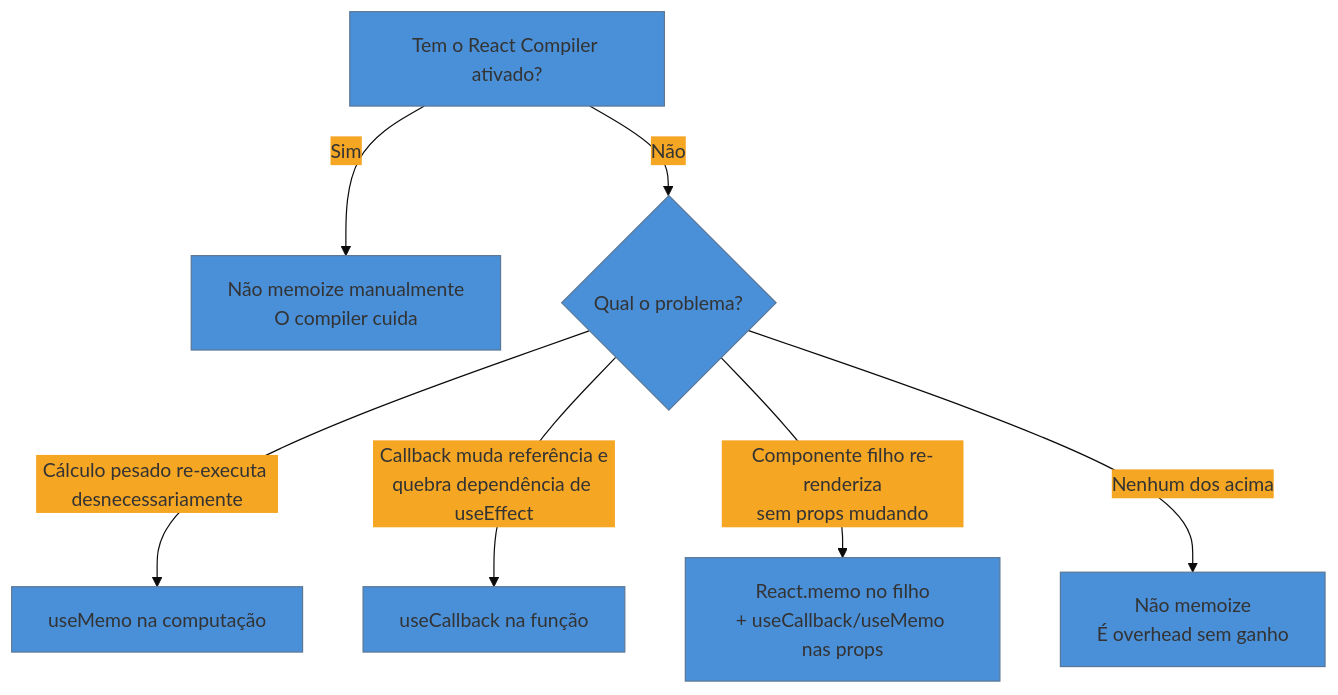
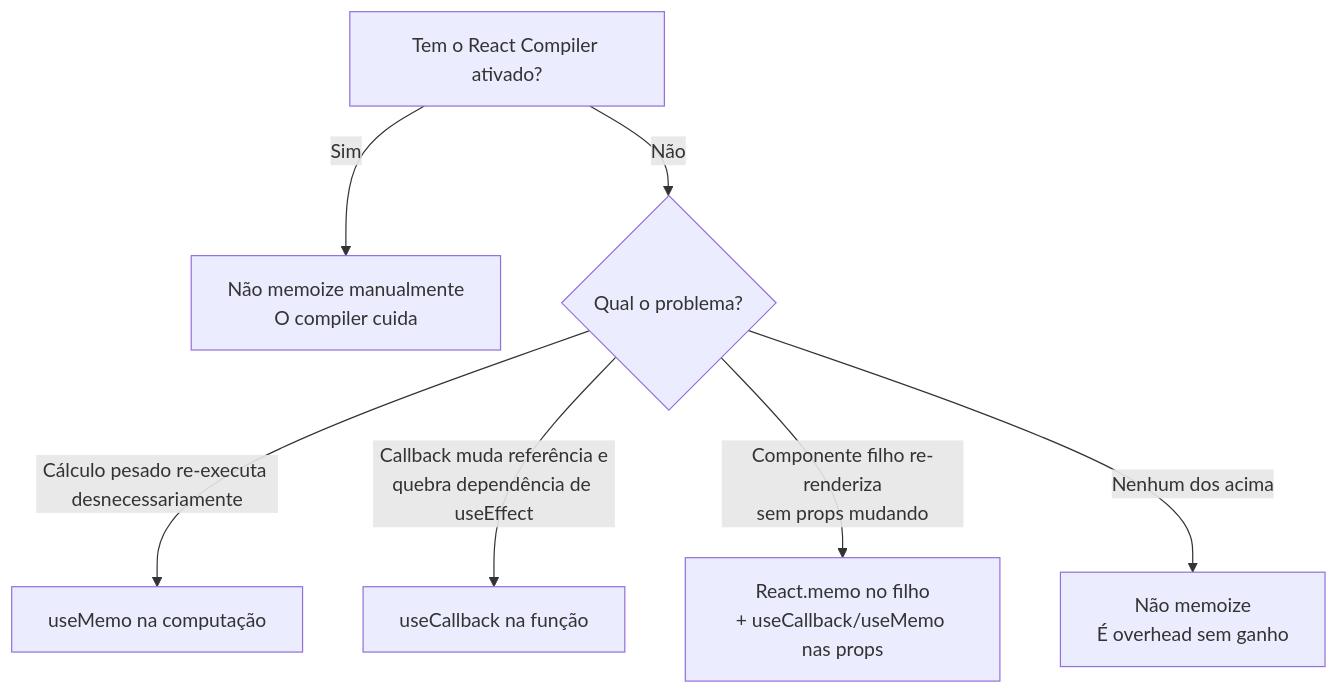
The second of 3 diagrams in 03-Dominios/Tecnologia/React/React core/26 - Capstone - React na prática e em entrevista.md (josenaldo/codex-technomanticus), drawn with Mermaid before and after one commit. The commit also changed other lines of this file and 1181 other files, not shown here.

First line of the commit message:
fix(diagramas): paleta do sistema no lugar de cor cravada no markdown

````diff
--- a/03-Dominios/Tecnologia/React/React core/26 - Capstone - React na prática e em entrevista.md
+++ b/03-Dominios/Tecnologia/React/React core/26 - Capstone - React na prática e em entrevista.md
@@ -295,10 +294,9 @@
 ```mermaid
-%%{init: {"theme": "base", "themeVariables": {"primaryColor": "#4A90D9", "secondaryColor": "#F5A623"}}}%%
 flowchart TD
     A[Tem o React Compiler ativado?] -->|Sim| B[Não memoize manualmente\nO compiler cuida]
     A -->|Não| C{Qual o problema?}
     C -->|Cálculo pesado re-executa desnecessariamente| D[useMemo na computação]
     C -->|Callback muda referência e\nquebra dependência de useEffect| E[useCallback na função]
     C -->|Componente filho re-renderiza\nsem props mudando| F[React.memo no filho\n+ useCallback/useMemo nas props]
     C -->|Nenhum dos acima| G[Não memoize\nÉ overhead sem ganho]
 ```
````
